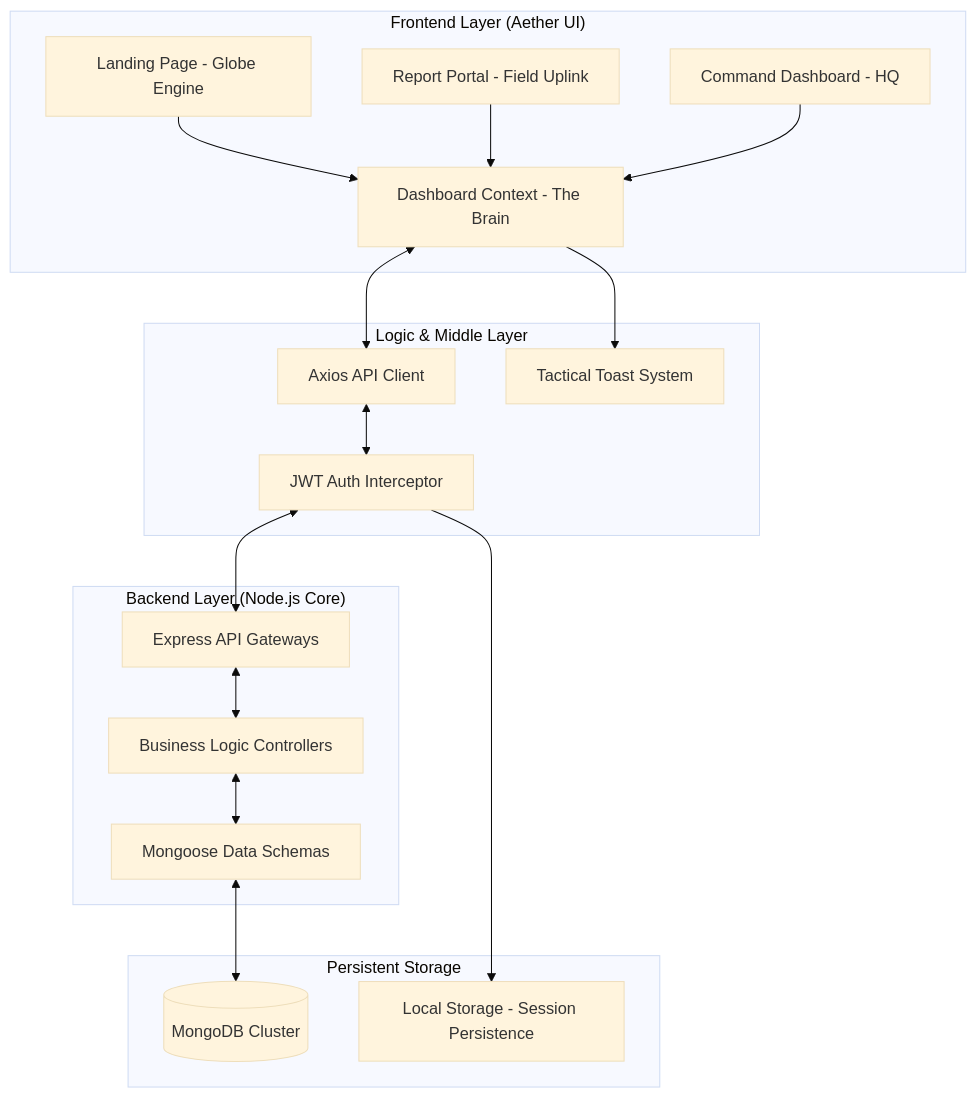
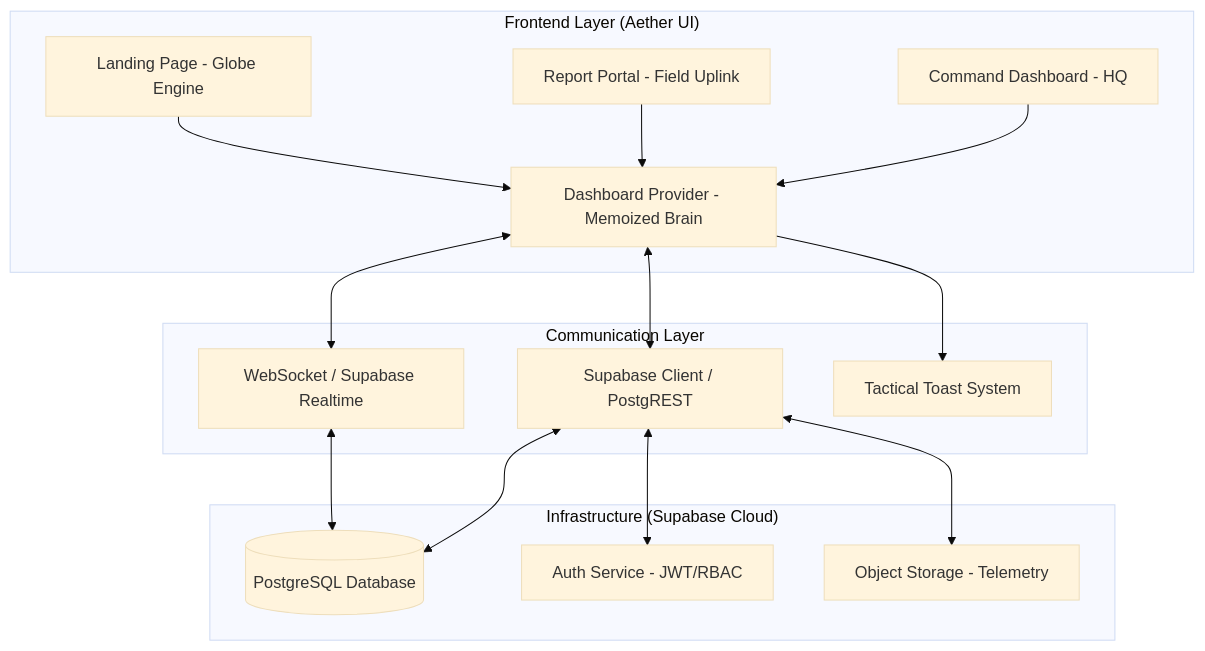
Before and after one commit to praveenbhat1/vec: the diagram in WORKFLOW.md, drawn with Mermaid (base theme). The commit also changed other lines of this file and 23 other files, not shown here.

````diff
--- a/WORKFLOW.md
+++ b/WORKFLOW.md
@@ -29,38 +27,32 @@
 ```mermaid
 graph TD
     subgraph "Frontend Layer (Aether UI)"
         LP[Landing Page - Globe Engine]
         RP[Report Portal - Field Uplink]
         CB[Command Dashboard - HQ]
-        DC[Dashboard Context - The Brain]
+        DP[Dashboard Provider - Memoized Brain]
     end
 
-    subgraph "Logic & Middle Layer"
-        AX[Axios API Client]
-        INT[JWT Auth Interceptor]
+    subgraph "Communication Layer"
+        WS[WebSocket / Supabase Realtime]
+        API[Supabase Client / PostgREST]
         TS[Tactical Toast System]
     end
 
-    subgraph "Backend Layer (Node.js Core)"
-        API[Express API Gateways]
-        CTR[Business Logic Controllers]
-        SCH[Mongoose Data Schemas]
+    subgraph "Infrastructure (Supabase Cloud)"
+        AUTH[Auth Service - JWT/RBAC]
+        DB[(PostgreSQL Database)]
+        ST[Object Storage - Telemetry]
     end
 
-    subgraph "Persistent Storage"
-        DB[(MongoDB Cluster)]
-        LS[Local Storage - Session Persistence]
-    end
-
-    LP --> DC
-    RP --> DC
-    CB --> DC
-    DC <--> AX
-    AX <--> INT
-    INT <--> API
-    API <--> CTR
-    CTR <--> SCH
-    SCH <--> DB
-    DC --> TS
-    INT --> LS
+    LP --> DP
+    RP --> DP
+    CB --> DP
+    DP <--> WS
+    DP <--> API
+    WS <--> DB
+    API <--> DB
+    API <--> AUTH
+    API <--> ST
+    DP --> TS
 ```
````
